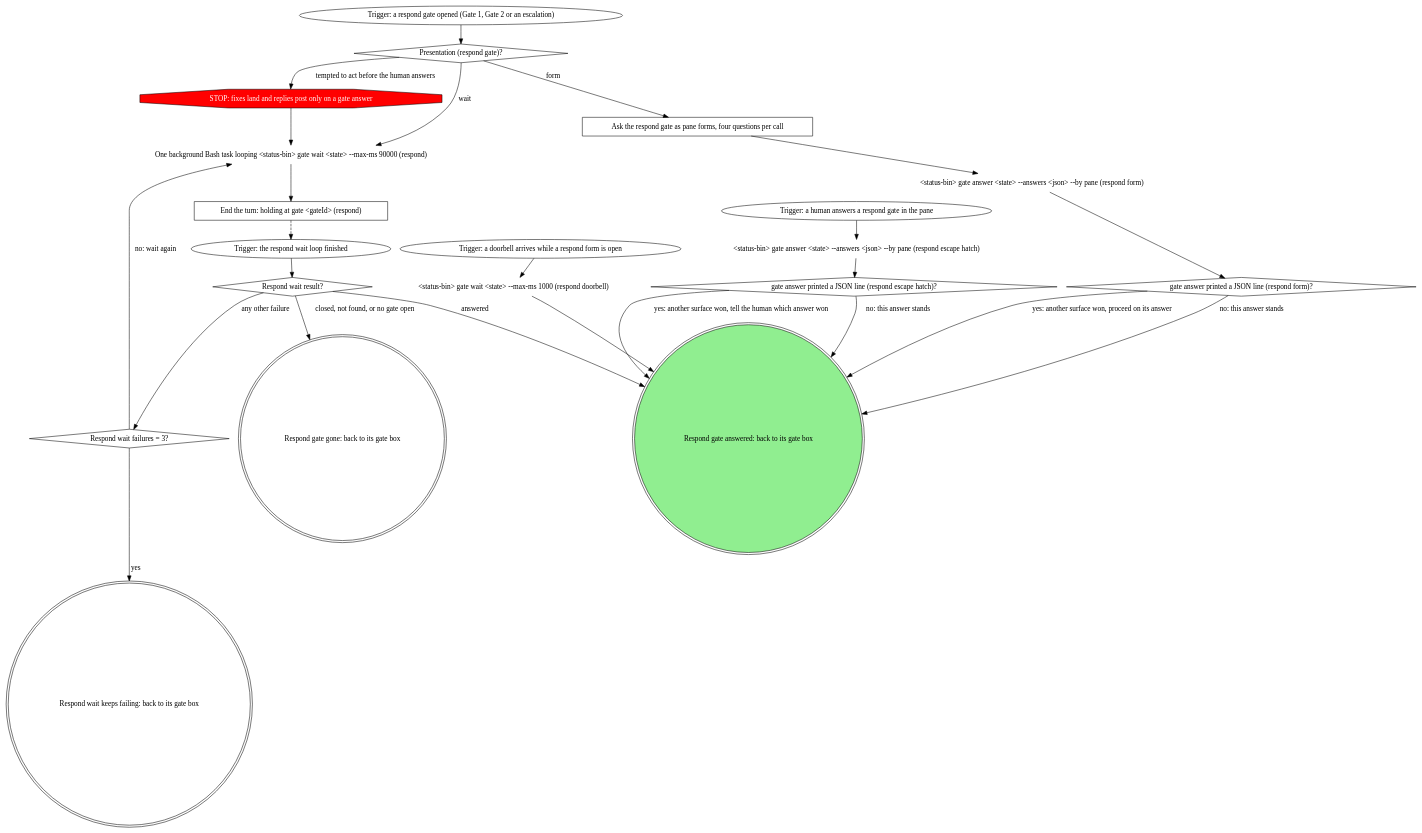
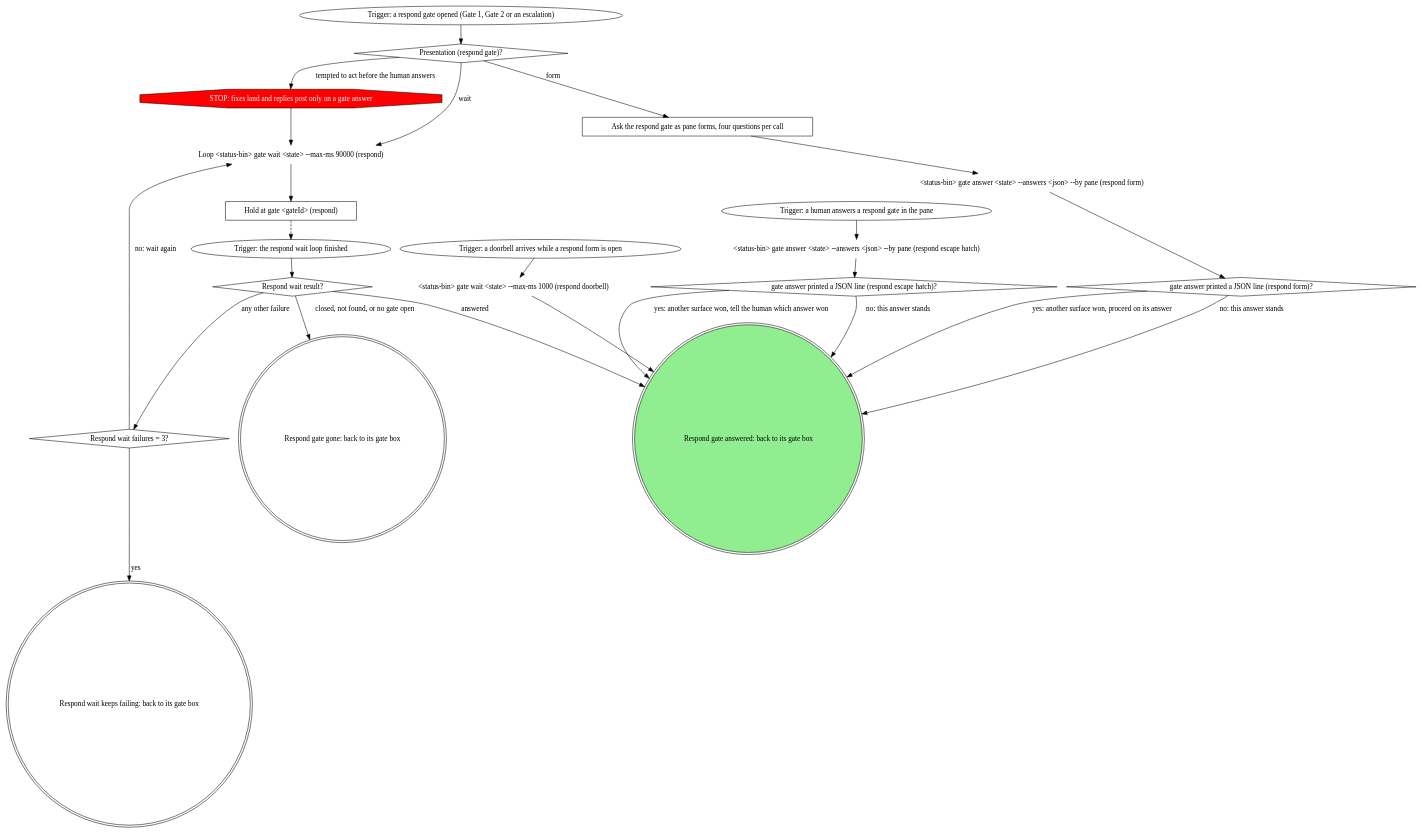
The diagram in apps/board/skills-src/respond/gate-step.md (m4ttstack/mattstack), drawn with Graphviz before and after one commit. The commit also changed other lines of this file and 50 other files, not shown here.

````diff
--- a/apps/board/skills-src/respond/gate-step.md
+++ b/apps/board/skills-src/respond/gate-step.md
@@ -24,49 +24,49 @@
 ```dot
 digraph respond_gate_step {
     rankdir=TB;
 
     "Trigger: a respond gate opened (Gate 1, Gate 2 or an escalation)" [shape=ellipse];
     "Presentation (respond gate)?" [shape=diamond];
     "STOP: fixes land and replies post only on a gate answer" [shape=octagon style=filled fillcolor=red fontcolor=white];
     "Ask the respond gate as pane forms, four questions per call" [shape=box];
     "<status-bin> gate answer <state> --answers <json> --by pane (respond form)" [shape=plaintext];
     "gate answer printed a JSON line (respond form)?" [shape=diamond];
     "Trigger: a doorbell arrives while a respond form is open" [shape=ellipse];
     "<status-bin> gate wait <state> --max-ms 1000 (respond doorbell)" [shape=plaintext];
-    "One background Bash task looping <status-bin> gate wait <state> --max-ms 90000 (respond)" [shape=plaintext];
-    "End the turn: holding at gate <gateId> (respond)" [shape=box];
+    "Loop <status-bin> gate wait <state> --max-ms 90000 (respond)" [shape=plaintext];
+    "Hold at gate <gateId> (respond)" [shape=box];
     "Trigger: the respond wait loop finished" [shape=ellipse];
     "Respond wait result?" [shape=diamond];
     "Respond wait failures = 3?" [shape=diamond];
     "Trigger: a human answers a respond gate in the pane" [shape=ellipse];
     "<status-bin> gate answer <state> --answers <json> --by pane (respond escape hatch)" [shape=plaintext];
     "gate answer printed a JSON line (respond escape hatch)?" [shape=diamond];
     "Respond gate gone: back to its gate box" [shape=doublecircle];
     "Respond wait keeps failing: back to its gate box" [shape=doublecircle];
     "Respond gate answered: back to its gate box" [shape=doublecircle style=filled fillcolor=lightgreen];
 
     "Trigger: a respond gate opened (Gate 1, Gate 2 or an escalation)" -> "Presentation (respond gate)?";
     "Presentation (respond gate)?" -> "Ask the respond gate as pane forms, four questions per call" [label="form"];
-    "Presentation (respond gate)?" -> "One background Bash task looping <status-bin> gate wait <state> --max-ms 90000 (respond)" [label="wait"];
+    "Presentation (respond gate)?" -> "Loop <status-bin> gate wait <state> --max-ms 90000 (respond)" [label="wait"];
     "Presentation (respond gate)?" -> "STOP: fixes land and replies post only on a gate answer" [label="tempted to act before the human answers"];
-    "STOP: fixes land and replies post only on a gate answer" -> "One background Bash task looping <status-bin> gate wait <state> --max-ms 90000 (respond)";
+    "STOP: fixes land and replies post only on a gate answer" -> "Loop <status-bin> gate wait <state> --max-ms 90000 (respond)";
     "Ask the respond gate as pane forms, four questions per call" -> "<status-bin> gate answer <state> --answers <json> --by pane (respond form)";
     "<status-bin> gate answer <state> --answers <json> --by pane (respond form)" -> "gate answer printed a JSON line (respond form)?";
     "gate answer printed a JSON line (respond form)?" -> "Respond gate answered: back to its gate box" [label="no: this answer stands"];
     "gate answer printed a JSON line (respond form)?" -> "Respond gate answered: back to its gate box" [label="yes: another surface won, proceed on its answer"];
     "Trigger: a doorbell arrives while a respond form is open" -> "<status-bin> gate wait <state> --max-ms 1000 (respond doorbell)";
     "<status-bin> gate wait <state> --max-ms 1000 (respond doorbell)" -> "Respond gate answered: back to its gate box";
-    "One background Bash task looping <status-bin> gate wait <state> --max-ms 90000 (respond)" -> "End the turn: holding at gate <gateId> (respond)";
-    "End the turn: holding at gate <gateId> (respond)" -> "Trigger: the respond wait loop finished" [style=dashed];
+    "Loop <status-bin> gate wait <state> --max-ms 90000 (respond)" -> "Hold at gate <gateId> (respond)";
+    "Hold at gate <gateId> (respond)" -> "Trigger: the respond wait loop finished" [style=dashed];
     "Trigger: the respond wait loop finished" -> "Respond wait result?";
     "Respond wait result?" -> "Respond gate answered: back to its gate box" [label="answered"];
     "Respond wait result?" -> "Respond gate gone: back to its gate box" [label="closed, not found, or no gate open"];
     "Respond wait result?" -> "Respond wait failures = 3?" [label="any other failure"];
-    "Respond wait failures = 3?" -> "One background Bash task looping <status-bin> gate wait <state> --max-ms 90000 (respond)" [label="no: wait again"];
+    "Respond wait failures = 3?" -> "Loop <status-bin> gate wait <state> --max-ms 90000 (respond)" [label="no: wait again"];
     "Respond wait failures = 3?" -> "Respond wait keeps failing: back to its gate box" [label="yes"];
     "Trigger: a human answers a respond gate in the pane" -> "<status-bin> gate answer <state> --answers <json> --by pane (respond escape hatch)";
     "<status-bin> gate answer <state> --answers <json> --by pane (respond escape hatch)" -> "gate answer printed a JSON line (respond escape hatch)?";
     "gate answer printed a JSON line (respond escape hatch)?" -> "Respond gate answered: back to its gate box" [label="no: this answer stands"];
     "gate answer printed a JSON line (respond escape hatch)?" -> "Respond gate answered: back to its gate box" [label="yes: another surface won, tell the human which answer won"];
 }
 ```
````
